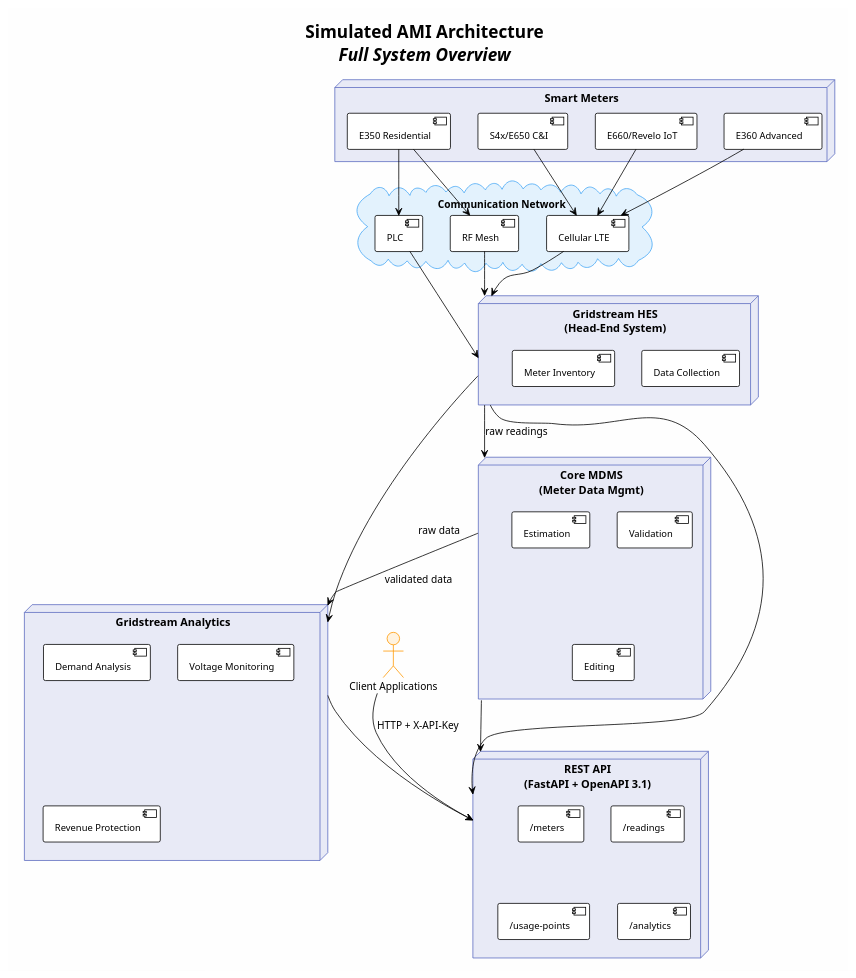
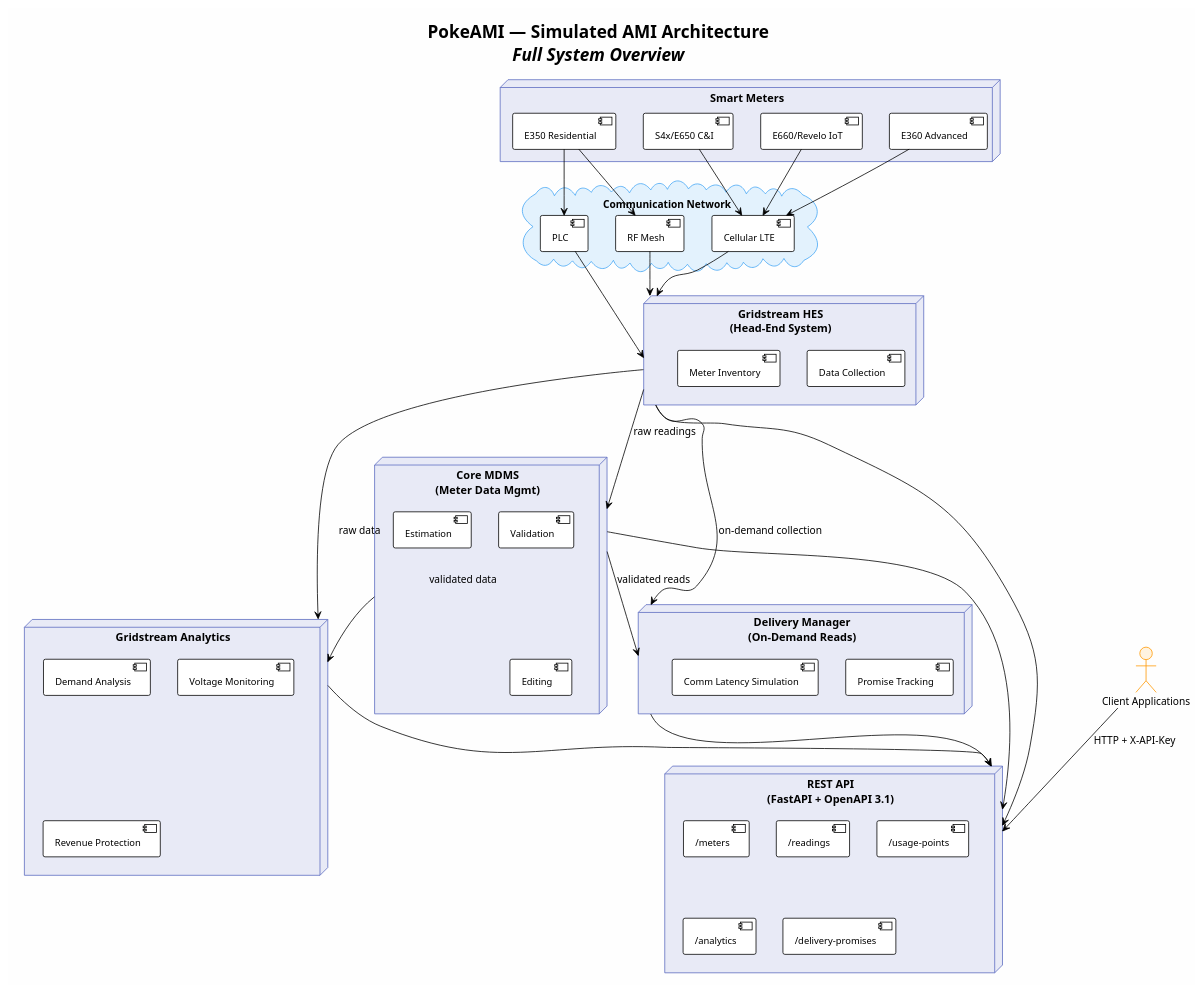
One commit to pjm4github/PokeAMI changed the diagram in docs/diagrams/walkthrough/architecture_step0_overview.puml. Above: the diagram before and after it, drawn with PlantUML. The commit also changed 16 other files, not shown here.

First line of the commit message:
Rename to PokeAMI, update README and all PlantUML diagrams

```diff
--- a/docs/diagrams/walkthrough/architecture_step0_overview.puml
+++ b/docs/diagrams/walkthrough/architecture_step0_overview.puml
@@ -1,84 +1,94 @@
 @startuml Architecture - Step 0: Full Overview
 !theme plain
 
-title <b>Simulated AMI Architecture</b>\n<i>Full System Overview</i>
+title <b>PokeAMI — Simulated AMI Architecture</b>\n<i>Full System Overview</i>
 
 skinparam backgroundColor #FEFEFE
 skinparam defaultFontSize 13
 skinparam node {
     BackgroundColor #E8EAF6
     BorderColor #5C6BC0
     FontSize 14
 }
 skinparam cloud {
     BackgroundColor #E3F2FD
     BorderColor #42A5F5
 }
 skinparam component {
     FontSize 12
 }
 skinparam actor {
     BackgroundColor #FFF3E0
     BorderColor #FF9800
 }
 
 node "Smart Meters" as Meters {
     [E350 Residential] as E350
     [E360 Advanced] as E360
     [S4x/E650 C&I] as S4x
     [E660/Revelo IoT] as E660
 }
 
 cloud "Communication Network" as Comm {
     [RF Mesh] as RF
     [PLC] as PLC
     [Cellular LTE] as LTE
 }
 
 node "Gridstream HES\n(Head-End System)" as HES {
     [Data Collection] as DC
     [Meter Inventory] as MI
 }
 
 node "Core MDMS\n(Meter Data Mgmt)" as MDM {
     [Validation] as Val
     [Estimation] as Est
     [Editing] as Edit
 }
 
 node "Gridstream Analytics" as GA {
     [Demand Analysis] as DA
     [Voltage Monitoring] as VM
     [Revenue Protection] as RP
 }
 
+node "Delivery Manager\n(On-Demand Reads)" as DM {
+    [Promise Tracking] as PT
+    [Comm Latency Simulation] as CLS
+}
+
 node "REST API\n(FastAPI + OpenAPI 3.1)" as API {
     [/meters] as EM
     [/readings] as ER
     [/usage-points] as EU
     [/analytics] as EA
+    [/delivery-promises] as EDP
 }
 
 actor "Client Applications" as Client
 
 E350 --> RF
 E360 --> LTE
 S4x --> LTE
 E660 --> LTE
 E350 --> PLC
 
 RF --> HES
 PLC --> HES
 LTE --> HES
 
 HES --> MDM : raw readings
 MDM --> GA : validated data
 HES --> GA : raw data
 
 HES --> API
 MDM --> API
 GA --> API
+DM --> API
+
+HES --> DM : on-demand collection
+MDM --> DM : validated reads
 
 Client --> API : HTTP + X-API-Key
 
 @enduml
```
